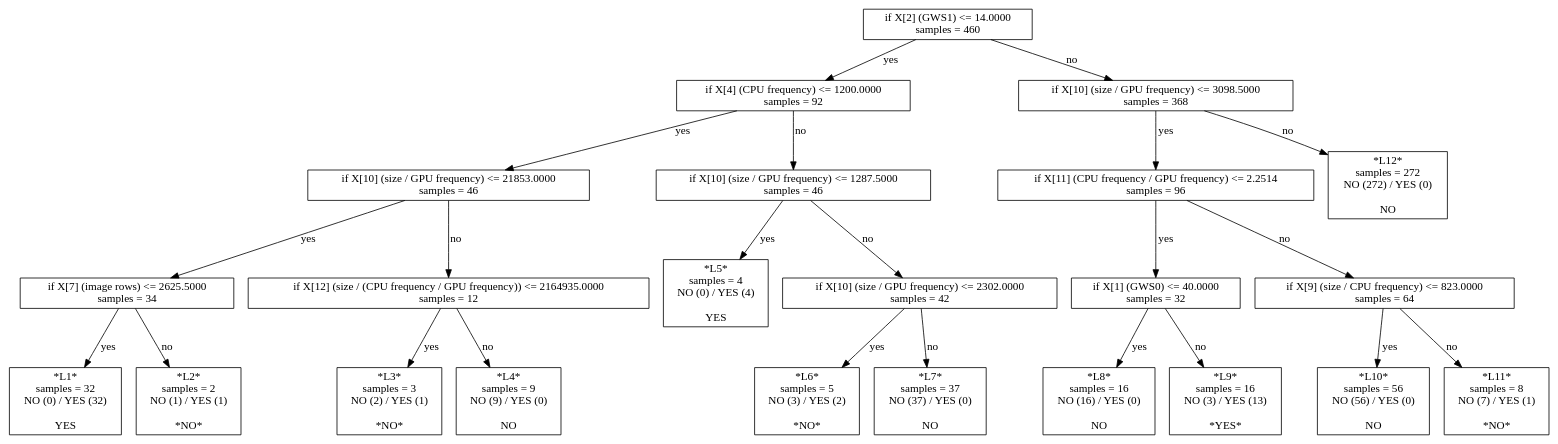
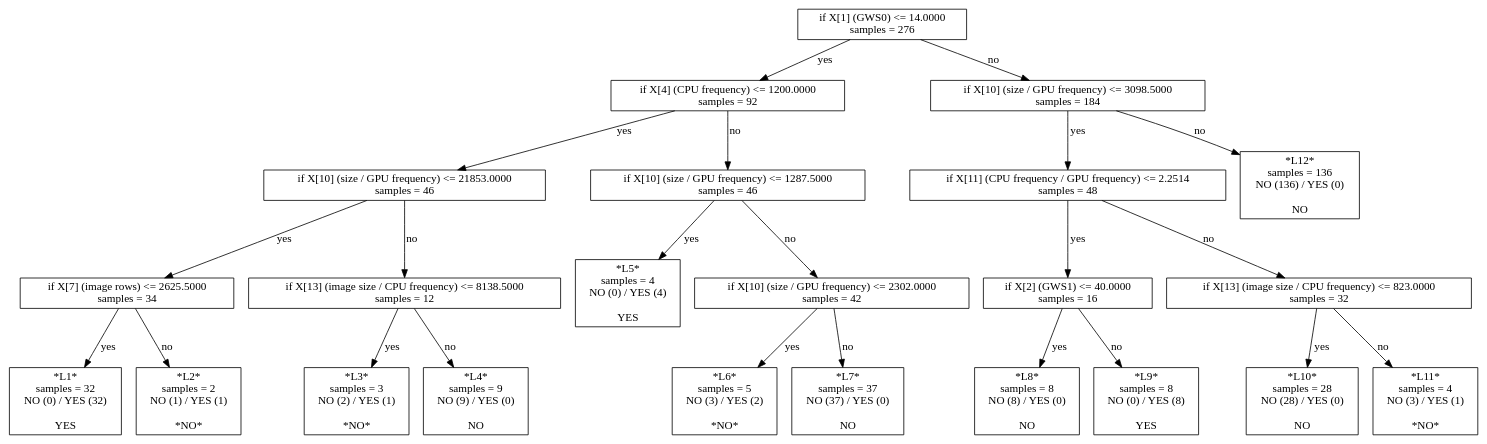
The diagram in script/reproduce-hog-modeling/t628-third-set-of-features-depth4/model-sklearn-dtc.model.dot (ctuning/reproduce-ck-paper-large-experiments), drawn with Graphviz before and after one commit. The commit also changed 924 other files, not shown here.

Commit message:
new experiments, graphs and predictive models for run-time adaptation; predictive scheduling and active learning

```diff
--- a/script/reproduce-hog-modeling/t628-third-set-of-features-depth4/model-sklearn-dtc.model.dot
+++ b/script/reproduce-hog-modeling/t628-third-set-of-features-depth4/model-sklearn-dtc.model.dot
@@ -1,47 +1,47 @@
 digraph Tree {
-0 [label="if X[2] (GWS1) <= 14.0000\nsamples = 460", shape="box"] ;
+0 [label="if X[1] (GWS0) <= 14.0000\nsamples = 276", shape="box"] ;
 1 [label="if X[4] (CPU frequency) <= 1200.0000\nsamples = 92", shape="box"] ;
 0 -> 1 [label="yes"];
 2 [label="if X[10] (size / GPU frequency) <= 21853.0000\nsamples = 46", shape="box"] ;
 1 -> 2 [label="yes"];
 3 [label="if X[7] (image rows) <= 2625.5000\nsamples = 34", shape="box"] ;
 2 -> 3 [label="yes"];
 4 [label="*L1*\nsamples = 32\nNO (0) / YES (32)\n\nYES", shape="box"] ;
 3 -> 4 [label="yes"];
 5 [label="*L2*\nsamples = 2\nNO (1) / YES (1)\n\n*NO*", shape="box"] ;
 3 -> 5 [label="no"];
-6 [label="if X[12] (size / (CPU frequency / GPU frequency)) <= 2164935.0000\nsamples = 12", shape="box"] ;
+6 [label="if X[13] (image size / CPU frequency) <= 8138.5000\nsamples = 12", shape="box"] ;
 2 -> 6 [label="no"];
 7 [label="*L3*\nsamples = 3\nNO (2) / YES (1)\n\n*NO*", shape="box"] ;
 6 -> 7 [label="yes"];
 8 [label="*L4*\nsamples = 9\nNO (9) / YES (0)\n\nNO", shape="box"] ;
 6 -> 8 [label="no"];
 9 [label="if X[10] (size / GPU frequency) <= 1287.5000\nsamples = 46", shape="box"] ;
 1 -> 9 [label="no"];
 10 [label="*L5*\nsamples = 4\nNO (0) / YES (4)\n\nYES", shape="box"] ;
 9 -> 10 [label="yes"];
 11 [label="if X[10] (size / GPU frequency) <= 2302.0000\nsamples = 42", shape="box"] ;
 9 -> 11 [label="no"];
 12 [label="*L6*\nsamples = 5\nNO (3) / YES (2)\n\n*NO*", shape="box"] ;
 11 -> 12 [label="yes"];
 13 [label="*L7*\nsamples = 37\nNO (37) / YES (0)\n\nNO", shape="box"] ;
 11 -> 13 [label="no"];
-14 [label="if X[10] (size / GPU frequency) <= 3098.5000\nsamples = 368", shape="box"] ;
+14 [label="if X[10] (size / GPU frequency) <= 3098.5000\nsamples = 184", shape="box"] ;
 0 -> 14 [label="no"];
-15 [label="if X[11] (CPU frequency / GPU frequency) <= 2.2514\nsamples = 96", shape="box"] ;
+15 [label="if X[11] (CPU frequency / GPU frequency) <= 2.2514\nsamples = 48", shape="box"] ;
 14 -> 15 [label="yes"];
-16 [label="if X[1] (GWS0) <= 40.0000\nsamples = 32", shape="box"] ;
+16 [label="if X[2] (GWS1) <= 40.0000\nsamples = 16", shape="box"] ;
 15 -> 16 [label="yes"];
-17 [label="*L8*\nsamples = 16\nNO (16) / YES (0)\n\nNO", shape="box"] ;
+17 [label="*L8*\nsamples = 8\nNO (8) / YES (0)\n\nNO", shape="box"] ;
 16 -> 17 [label="yes"];
-18 [label="*L9*\nsamples = 16\nNO (3) / YES (13)\n\n*YES*", shape="box"] ;
+18 [label="*L9*\nsamples = 8\nNO (0) / YES (8)\n\nYES", shape="box"] ;
 16 -> 18 [label="no"];
-19 [label="if X[9] (size / CPU frequency) <= 823.0000\nsamples = 64", shape="box"] ;
+19 [label="if X[13] (image size / CPU frequency) <= 823.0000\nsamples = 32", shape="box"] ;
 15 -> 19 [label="no"];
-20 [label="*L10*\nsamples = 56\nNO (56) / YES (0)\n\nNO", shape="box"] ;
+20 [label="*L10*\nsamples = 28\nNO (28) / YES (0)\n\nNO", shape="box"] ;
 19 -> 20 [label="yes"];
-21 [label="*L11*\nsamples = 8\nNO (7) / YES (1)\n\n*NO*", shape="box"] ;
+21 [label="*L11*\nsamples = 4\nNO (3) / YES (1)\n\n*NO*", shape="box"] ;
 19 -> 21 [label="no"];
-22 [label="*L12*\nsamples = 272\nNO (272) / YES (0)\n\nNO", shape="box"] ;
+22 [label="*L12*\nsamples = 136\nNO (136) / YES (0)\n\nNO", shape="box"] ;
 14 -> 22 [label="no"];
 }
```
